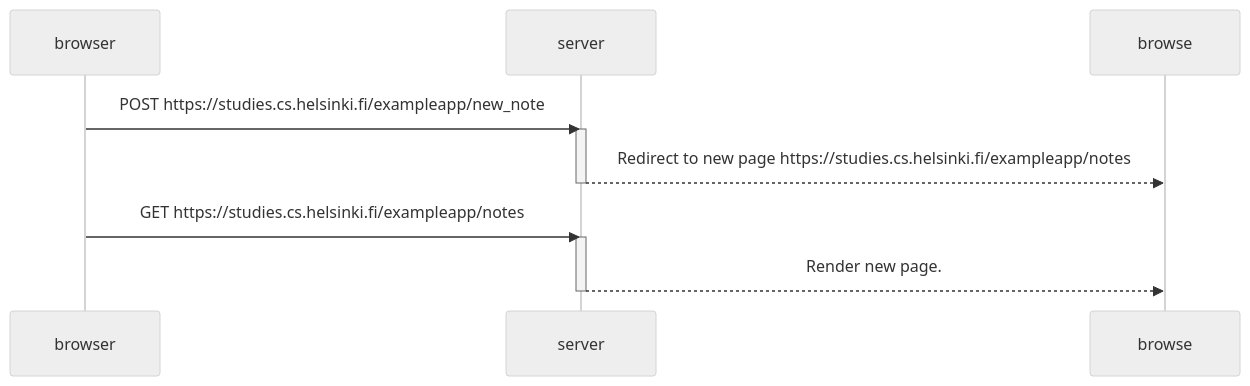
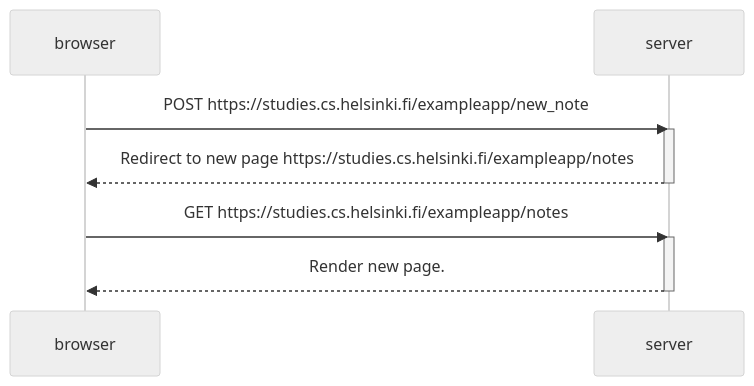
One commit to fadeldamen/fullstackopen.com changed the first of 2 diagrams in part0/0_4.md. Above: the diagram before and after it, drawn with Mermaid (neutral theme).

````diff
--- a/part0/0_4.md
+++ b/part0/0_4.md
@@ -1,15 +1,15 @@
 ```mermaid
 sequenceDiagram
     participant browser
     participant server
 
     browser->>server: POST https://studies.cs.helsinki.fi/exampleapp/new_note
     activate server
-    server-->>browse: Redirect to new page https://studies.cs.helsinki.fi/exampleapp/notes
+    server-->>browser: Redirect to new page https://studies.cs.helsinki.fi/exampleapp/notes
     deactivate server
 
     browser->>server: GET  https://studies.cs.helsinki.fi/exampleapp/notes
     activate server
-    server-->>browse: Render new page. 
+    server-->>browser: Render new page. 
     deactivate server
 ```
````
